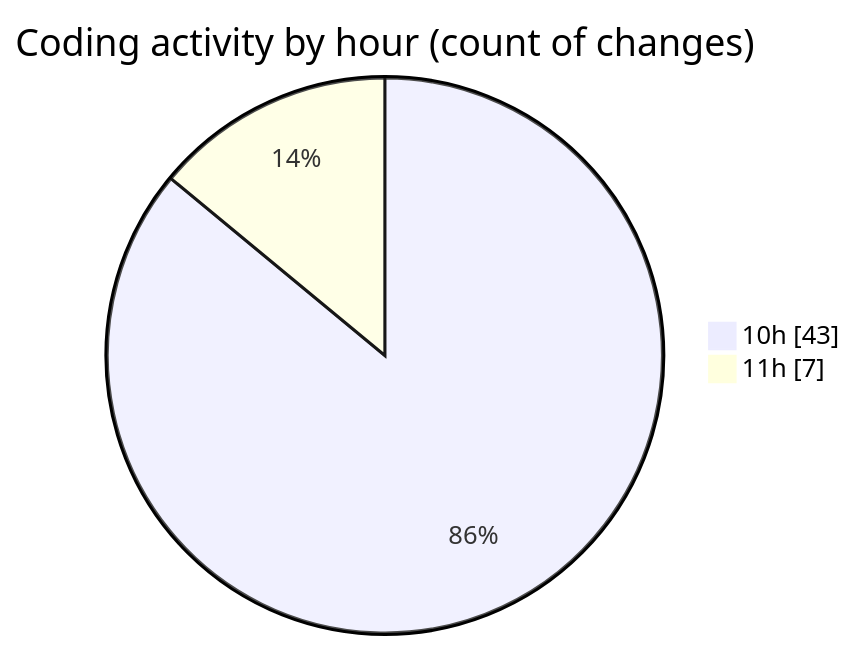
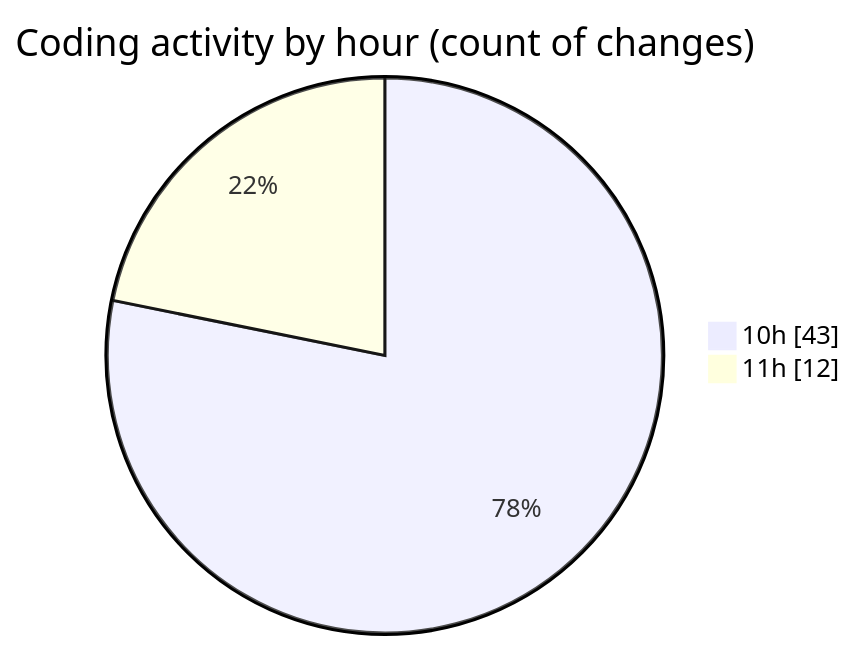
The second of 2 diagrams in 2025-02-10/cda/README.md (momahboobian/code-tracking), drawn with Mermaid before and after one commit. The commit also changed other lines of this file and 1 other file, not shown here.

````diff
--- a/2025-02-10/cda/README.md
+++ b/2025-02-10/cda/README.md
@@ -34,6 +34,6 @@
 ```mermaid
 pie showData
 title Coding activity by hour (count of changes)
 "10h" : 43
-"11h" : 7
+"11h" : 12
 ```
````
